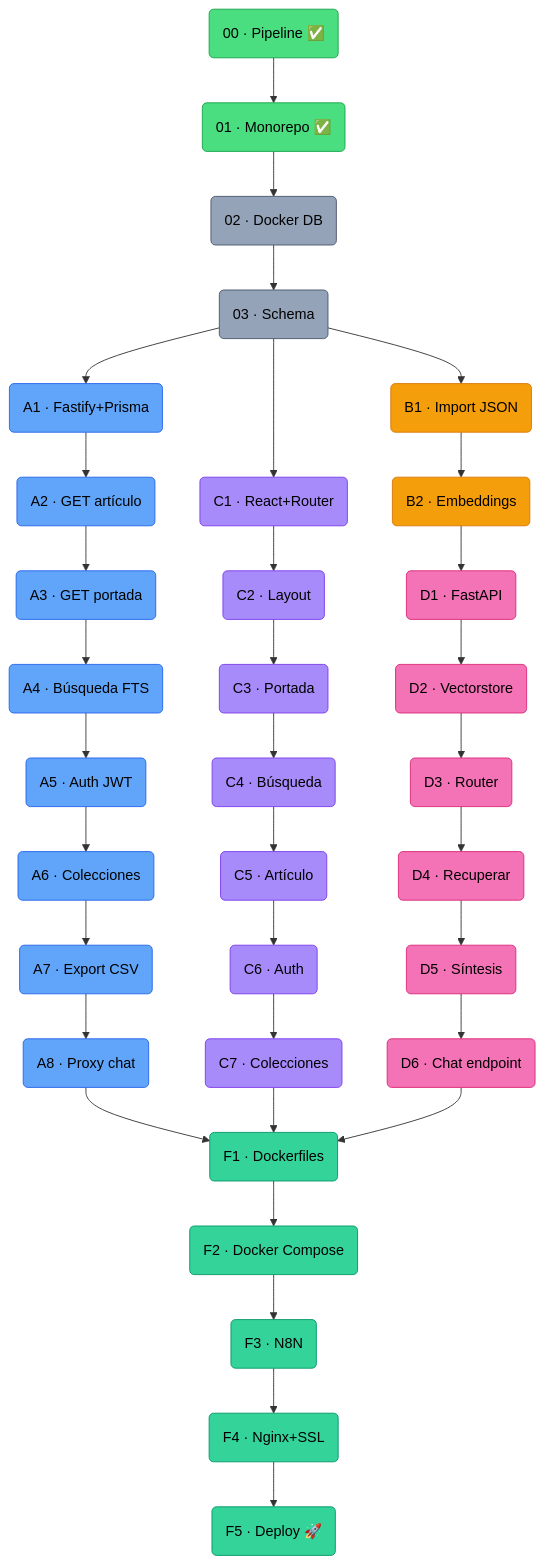
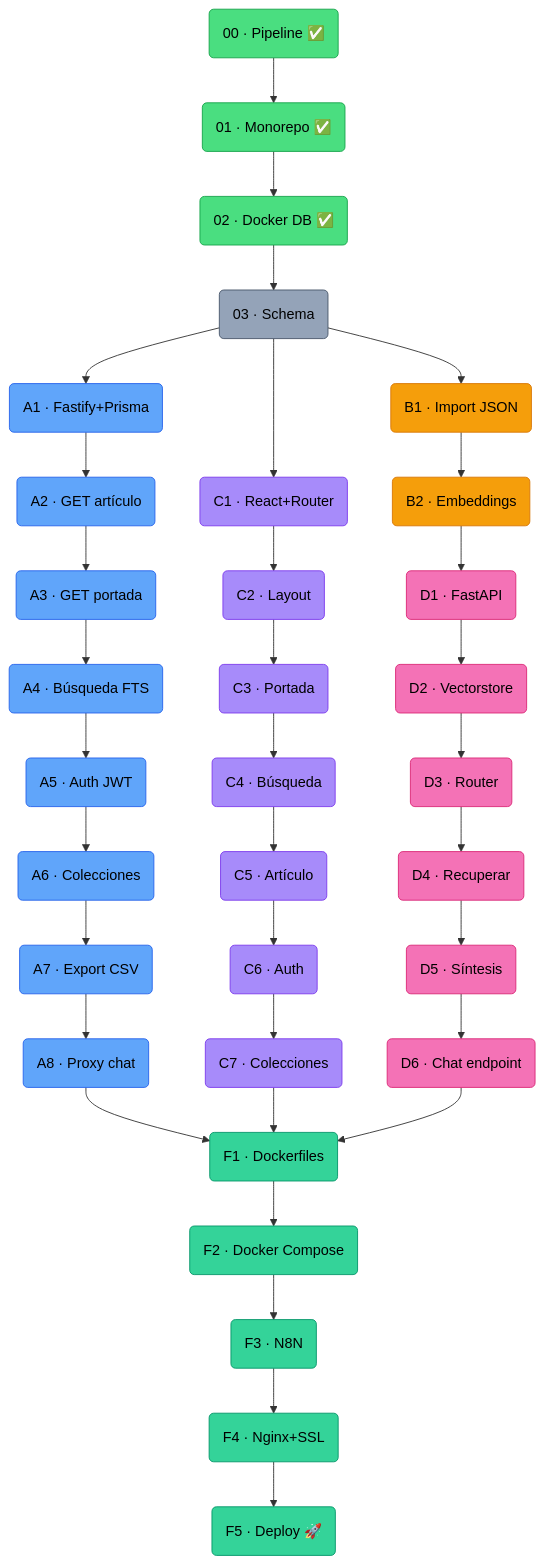
One commit to Daniel-kripta/Proyecto_Final_Full_Stack_-_Sansofe_WebApp changed the diagram in README.md. Above: the diagram before and after it, drawn with Mermaid. The commit also changed 2 other files, not shown here.

Commit message:
feat: phase 02 — docker-compose

````diff
--- a/README.md
+++ b/README.md
@@ -173,51 +173,51 @@
 ```mermaid
 graph TD
     P00("00 · Pipeline ✅"):::done --> P01("01 · Monorepo ✅"):::done
-    P01 --> P02("02 · Docker DB"):::setup
+    P01 --> P02("02 · Docker DB ✅"):::done
     P02 --> P03("03 · Schema"):::setup
 
     P03 --> A1("A1 · Fastify+Prisma"):::backend
     P03 --> B1("B1 · Import JSON"):::data
     P03 --> C1("C1 · React+Router"):::frontend
 
     A1 --> A2("A2 · GET artículo"):::backend
     A2 --> A3("A3 · GET portada"):::backend
     A3 --> A4("A4 · Búsqueda FTS"):::backend
     A4 --> A5("A5 · Auth JWT"):::backend
     A5 --> A6("A6 · Colecciones"):::backend
     A6 --> A7("A7 · Export CSV"):::backend
     A7 --> A8("A8 · Proxy chat"):::backend
 
     B1 --> B2("B2 · Embeddings"):::data
 
     C1 --> C2("C2 · Layout"):::frontend
     C2 --> C3("C3 · Portada"):::frontend
     C3 --> C4("C4 · Búsqueda"):::frontend
     C4 --> C5("C5 · Artículo"):::frontend
     C5 --> C6("C6 · Auth"):::frontend
     C6 --> C7("C7 · Colecciones"):::frontend
 
     B2 --> D1("D1 · FastAPI"):::ai
     D1 --> D2("D2 · Vectorstore"):::ai
     D2 --> D3("D3 · Router"):::ai
     D3 --> D4("D4 · Recuperar"):::ai
     D4 --> D5("D5 · Síntesis"):::ai
     D5 --> D6("D6 · Chat endpoint"):::ai
 
     A8 --> F1("F1 · Dockerfiles"):::deploy
     C7 --> F1
     D6 --> F1
 
     F1 --> F2("F2 · Docker Compose"):::deploy
     F2 --> F3("F3 · N8N"):::deploy
     F3 --> F4("F4 · Nginx+SSL"):::deploy
     F4 --> F5("F5 · Deploy 🚀"):::deploy
 
     classDef done fill:#4ade80,stroke:#16a34a,color:#000
     classDef setup fill:#94a3b8,stroke:#475569,color:#000
     classDef backend fill:#60a5fa,stroke:#2563eb,color:#000
     classDef data fill:#f59e0b,stroke:#d97706,color:#000
     classDef frontend fill:#a78bfa,stroke:#7c3aed,color:#000
     classDef ai fill:#f472b6,stroke:#db2777,color:#000
     classDef deploy fill:#34d399,stroke:#059669,color:#000
 ```
````
